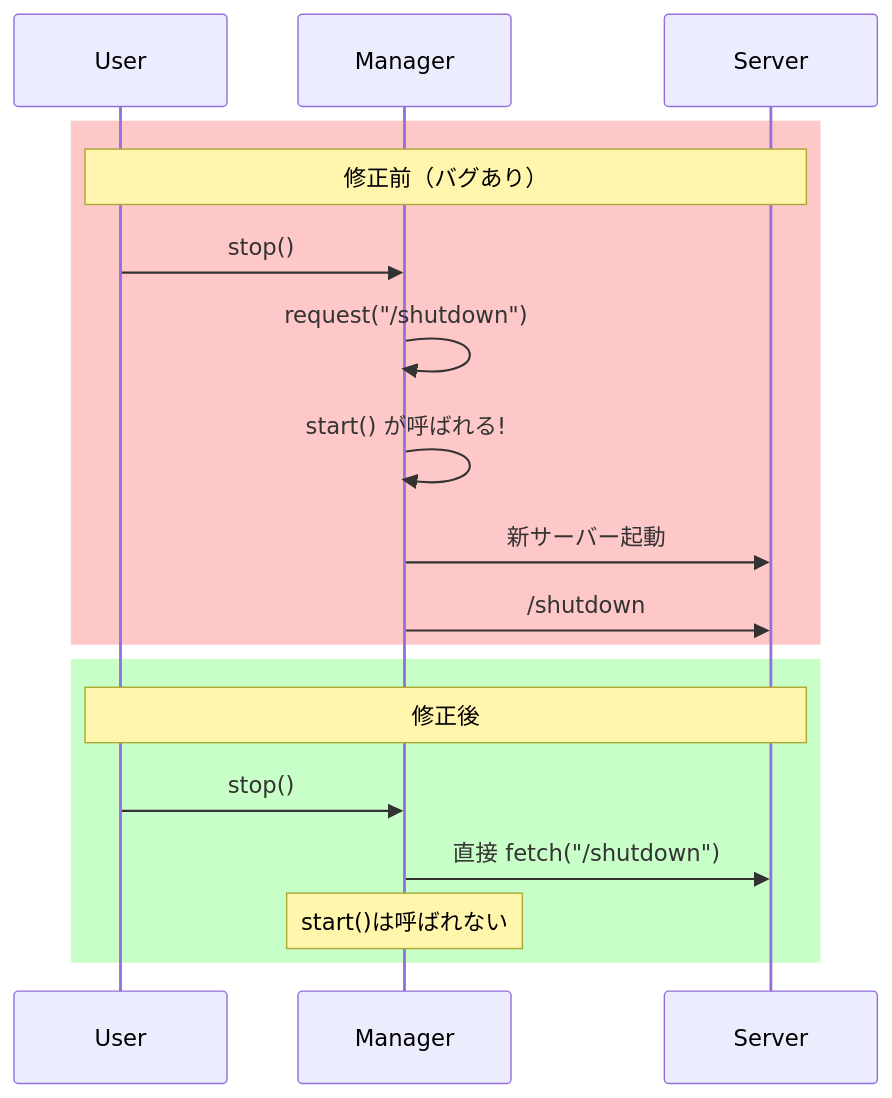
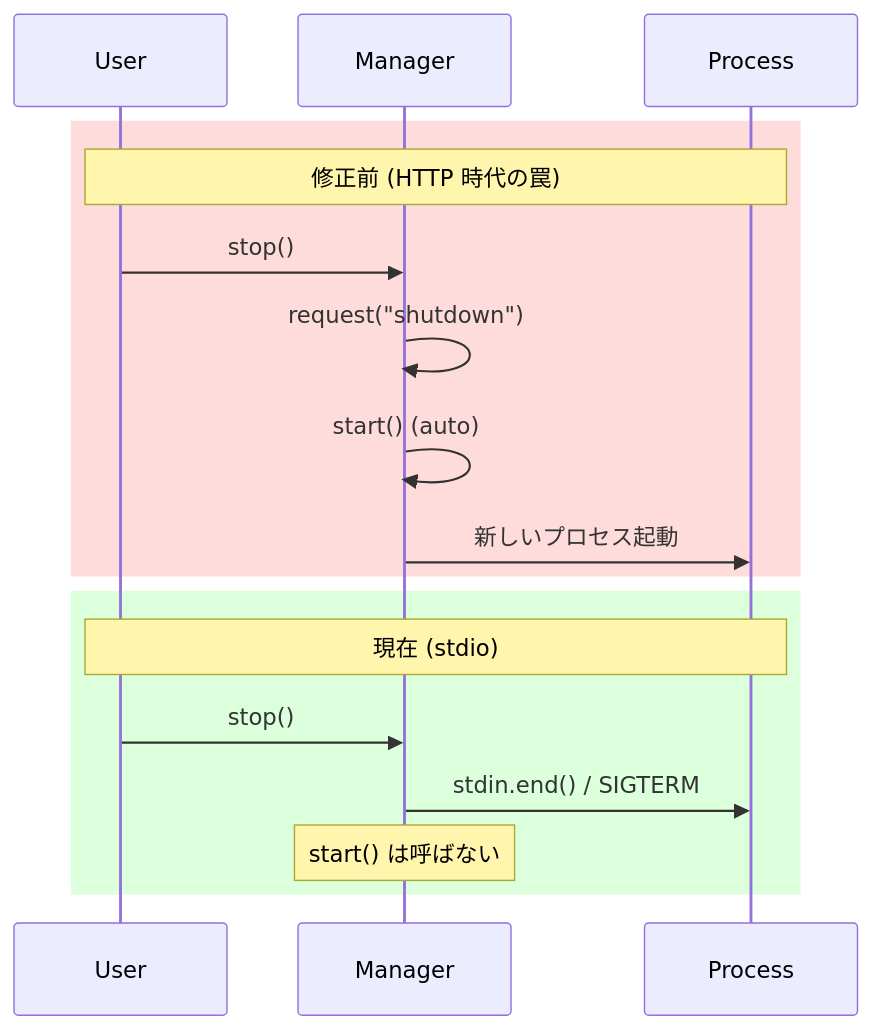
Before and after one commit to shuji-bonji/xcomet-mcp-server: the fourth of 8 diagrams in tests/README.md, drawn with Mermaid. The commit also changed other lines of this file and 18 other files, not shown here.

````diff
--- a/tests/README.md
+++ b/tests/README.md
@@ -105,22 +109,21 @@
 ```mermaid
 sequenceDiagram
     participant U as User
     participant M as Manager
-    participant S as Server
+    participant S as Process
 
-    rect rgb(255, 200, 200)
-        Note over U,S: 修正前（バグあり）
+    rect rgb(255, 220, 220)
+        Note over U,S: 修正前 (HTTP 時代の罠)
         U->>M: stop()
-        M->>M: request("/shutdown")
-        M->>M: start() が呼ばれる!
-        M->>S: 新サーバー起動
-        M->>S: /shutdown
+        M->>M: request("shutdown")
+        M->>M: start() (auto)
+        M->>S: 新しいプロセス起動
     end
 
-    rect rgb(200, 255, 200)
-        Note over U,S: 修正後
+    rect rgb(220, 255, 220)
+        Note over U,S: 現在 (stdio)
         U->>M: stop()
-        M->>S: 直接 fetch("/shutdown")
-        Note over M: start()は呼ばれない
+        M->>S: stdin.end() / SIGTERM
+        Note over M: start() は呼ばない
     end
 ```
````
